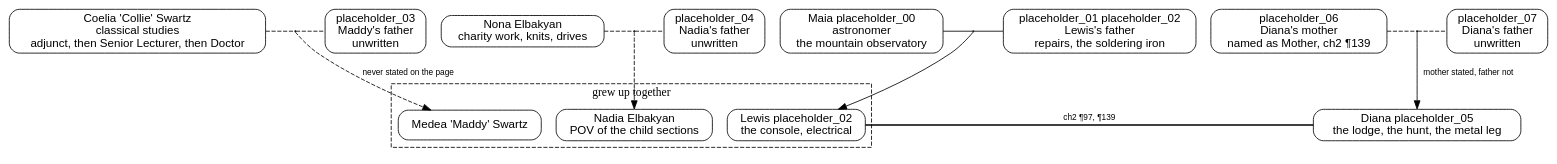
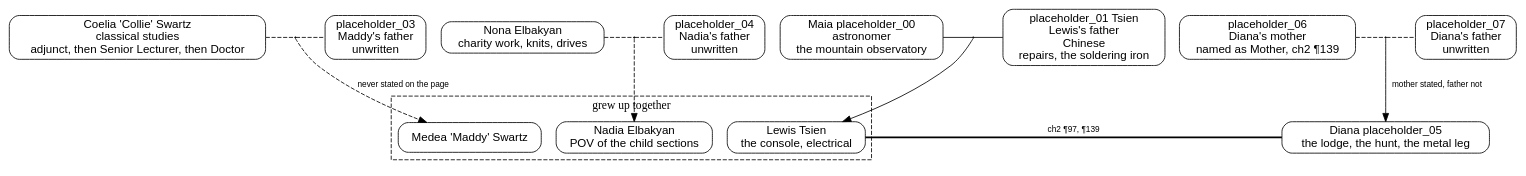
Before and after one commit to terraceonhigh/fiatLux: the diagram in canon/pedigree.dot, drawn with Graphviz. The commit also changed 3 other files, not shown here.

```diff
--- a/canon/pedigree.dot
+++ b/canon/pedigree.dot
@@ -1,62 +1,62 @@
 // Pedigree — chapters one and two. Each couple flanks a union point (marriage/pairing bar);
 // the child hangs off that point, genogram-style, instead of two parents fanning in.
 // Solid = stated in the prose. Dashed = implied and never written on the page.
 // Bold, no arrowhead = a romance the prose states outright, short of marriage.
 // Diana's household enters in chapter two and descends from none of the three women.
 digraph pedigree {
     rankdir=TB;
     node [shape=box, style=rounded, fontname="Helvetica"];
     edge [fontname="Helvetica", fontsize=10];
 
     // Declaration order sets left-to-right position on the rank, so it is the
     // layout: the two flatmate households whose children stayed in the flat,
     // then Lewis's, then Diana's — the outsider — at the far end, next to his.
     Collie      [label="Coelia 'Collie' Swartz\nclassical studies\nadjunct, then Senior Lecturer, then Doctor"];
     MaddyFather [label="placeholder_03\nMaddy's father\nunwritten"];
     Nona        [label="Nona Elbakyan\ncharity work, knits, drives"];
     NadiaFather [label="placeholder_04\nNadia's father\nunwritten"];
     Maia        [label="Maia placeholder_00\nastronomer\nthe mountain observatory"];
-    Husband     [label="placeholder_01 placeholder_02\nLewis's father\nrepairs, the soldering iron"];
+    Husband     [label="placeholder_01 Tsien\nLewis's father\nChinese\nrepairs, the soldering iron"];
     DianaMother [label="placeholder_06\nDiana's mother\nnamed as Mother, ch2 ¶139"];
     DianaFather [label="placeholder_07\nDiana's father\nunwritten"];
 
     node [shape=point, width=0.02, label=""];
     u_maddy; u_nadia; u_lewis; u_diana;
 
     // Membership only — dot orders this row by declaration order above, not by
     // the order listed here.
     { rank=same; Collie; u_maddy; MaddyFather; Nona; u_nadia; NadiaFather; Maia; u_lewis; Husband; DianaMother; u_diana; DianaFather; }
 
     Maia   -> u_lewis     [dir=none];
     u_lewis -> Husband    [dir=none];
 
     Collie -> u_maddy     [dir=none, style=dashed];
     u_maddy -> MaddyFather [dir=none, style=dashed];
 
     Nona   -> u_nadia     [dir=none, style=dashed];
     u_nadia -> NadiaFather [dir=none, style=dashed];
 
     DianaMother -> u_diana [dir=none, style=dashed];
     u_diana -> DianaFather [dir=none, style=dashed];
 
     node [shape=box, style=rounded];
 
     // Outside the cluster on purpose — Diana did not grow up in the flat.
     // Declared before it so she lands beside Lewis rather than past Nadia.
     Diana [label="Diana placeholder_05\nthe lodge, the hunt, the metal leg"];
 
     subgraph cluster_kids {
         label="grew up together";
         style=dashed;
-        Lewis [label="Lewis placeholder_02\nthe console, electrical"];
+        Lewis [label="Lewis Tsien\nthe console, electrical"];
         Medea [label="Medea 'Maddy' Swartz"];
         Nadia [label="Nadia Elbakyan\nPOV of the child sections"];
     }
 
     u_lewis -> Lewis;
     u_maddy -> Medea [style=dashed, label="never stated on the page"];
     u_nadia -> Nadia [style=dashed];
     u_diana -> Diana [label="mother stated, father not"];
 
     Lewis -> Diana [dir=none, style=bold, constraint=false, label="ch2 ¶97, ¶139"];
 }
```
